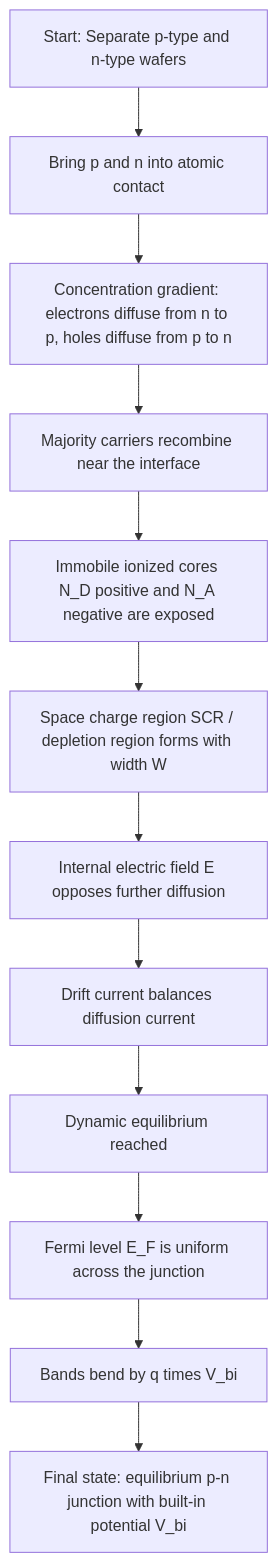
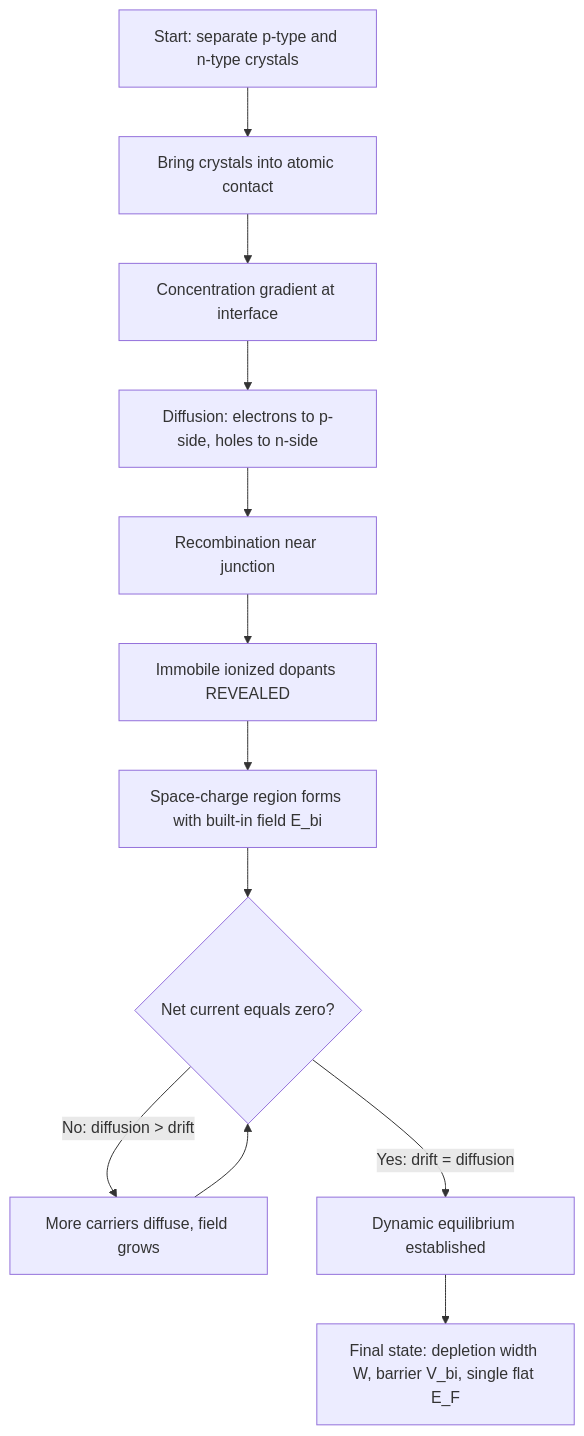
The second of 3 diagrams in public/notes/computer-science-and-engineering/semester-1/gapht121-physics-for-information-science/03-module-3-semiconductor-physics/formation-of-p-n-junction/notes.md (vishnuu-kr/ktunode), drawn with Mermaid before and after one commit. The commit also changed other lines of this file and 4829 other files, not shown here.

````diff
--- a/public/notes/computer-science-and-engineering/semester-1/gapht121-physics-for-information-science/03-module-3-semiconductor-physics/formation-of-p-n-junction/notes.md
+++ b/public/notes/computer-science-and-engineering/semester-1/gapht121-physics-for-information-science/03-module-3-semiconductor-physics/formation-of-p-n-junction/notes.md
@@ -346,14 +357,14 @@
 ```mermaid
 flowchart TD
-    A[Start: Separate p-type and n-type wafers] --> B[Bring p and n into atomic contact]
-    B --> C[Concentration gradient: electrons diffuse from n to p, holes diffuse from p to n]
-    C --> D[Majority carriers recombine near the interface]
-    D --> E[Immobile ionized cores N_D positive and N_A negative are exposed]
-    E --> F[Space charge region SCR / depletion region forms with width W]
-    F --> G[Internal electric field E opposes further diffusion]
-    G --> H[Drift current balances diffusion current]
-    H --> I[Dynamic equilibrium reached]
-    I --> J[Fermi level E_F is uniform across the junction]
-    J --> K[Bands bend by q times V_bi]
-    K --> L[Final state: equilibrium p-n junction with built-in potential V_bi]
+    A["Start: separate p-type and n-type crystals"] --> B["Bring crystals into atomic contact"]
+    B --> C["Concentration gradient at interface"]
+    C --> D["Diffusion: electrons to p-side, holes to n-side"]
+    D --> E["Recombination near junction"]
+    E --> F["Immobile ionized dopants REVEALED"]
+    F --> G["Space-charge region forms with built-in field E_bi"]
+    G --> H{"Net current equals zero?"}
+    H -- "No: diffusion > drift" --> I["More carriers diffuse, field grows"]
+    I --> H
+    H -- "Yes: drift = diffusion" --> J["Dynamic equilibrium established"]
+    J --> K["Final state: depletion width W, barrier V_bi, single flat E_F"]
 ```
````
